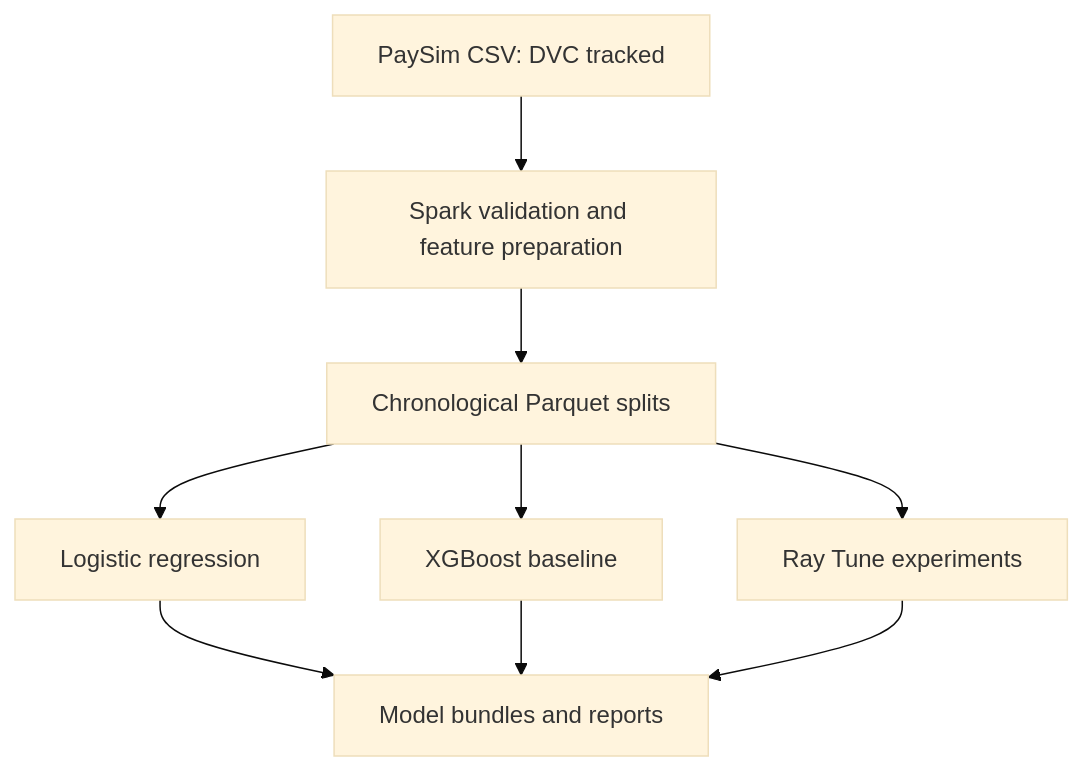
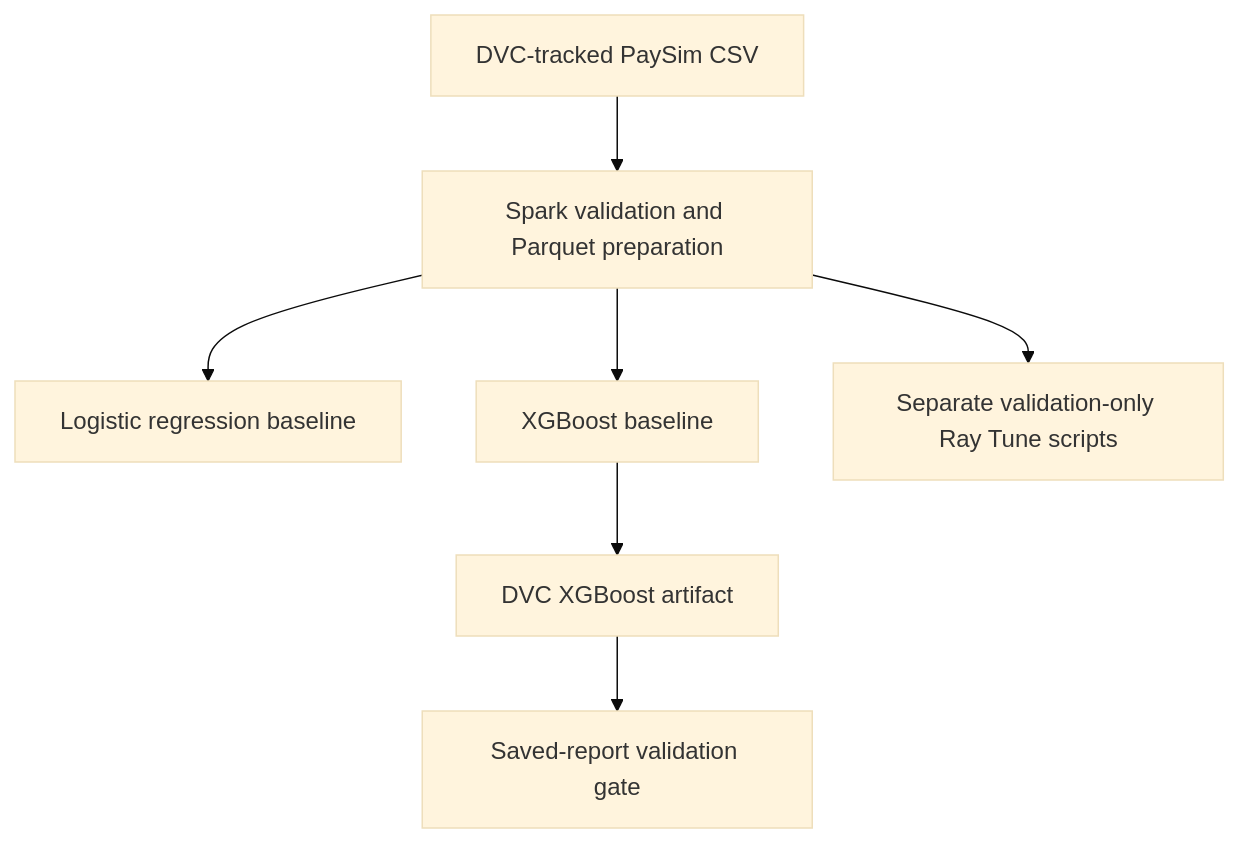
One commit to VedaVachan/FraudShield changed the first of 3 diagrams in docs/architecture.md. Above: the diagram before and after it, drawn with Mermaid (base theme). The commit also changed other lines of this file and 6 other files, not shown here.

Commit message:
Update architecture and add testing and operating documentation

````diff
--- a/docs/architecture.md
+++ b/docs/architecture.md
@@ -11,11 +20,9 @@
 ```mermaid
 flowchart TD
-    A["PaySim CSV: DVC tracked"] --> B["Spark validation and feature preparation"]
-    B --> C["Chronological Parquet splits"]
-    C --> D["Logistic regression"]
-    C --> E["XGBoost baseline"]
-    C --> F["Ray Tune experiments"]
-    D --> G["Model bundles and reports"]
-    E --> G
-    F --> G
+    D["DVC-tracked PaySim CSV"] --> S["Spark validation and Parquet preparation"]
+    S --> L["Logistic regression baseline"]
+    S --> X["XGBoost baseline"]
+    S --> R["Separate validation-only Ray Tune scripts"]
+    X --> A["DVC XGBoost artifact"]
+    A --> G["Saved-report validation gate"]
 ```
````
